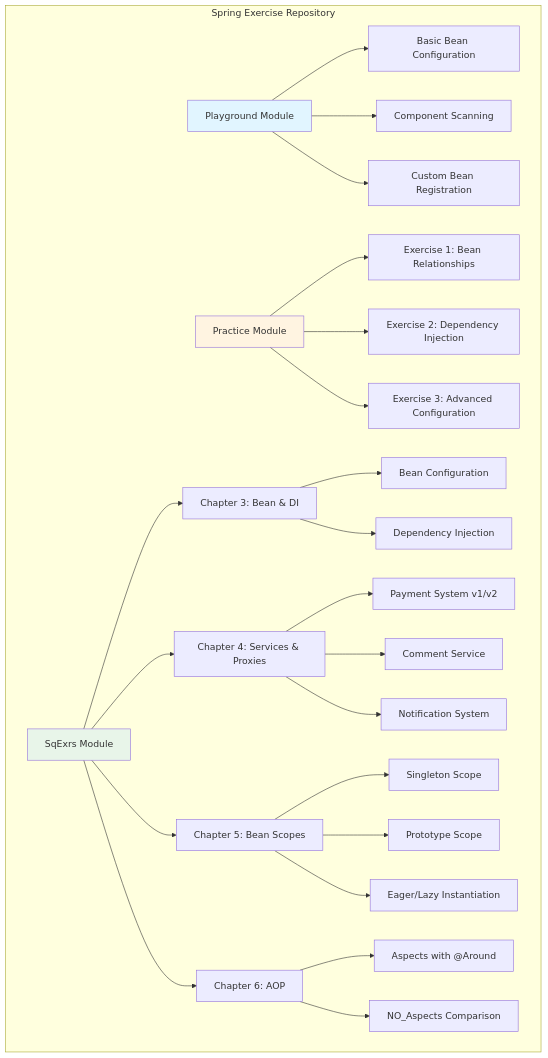
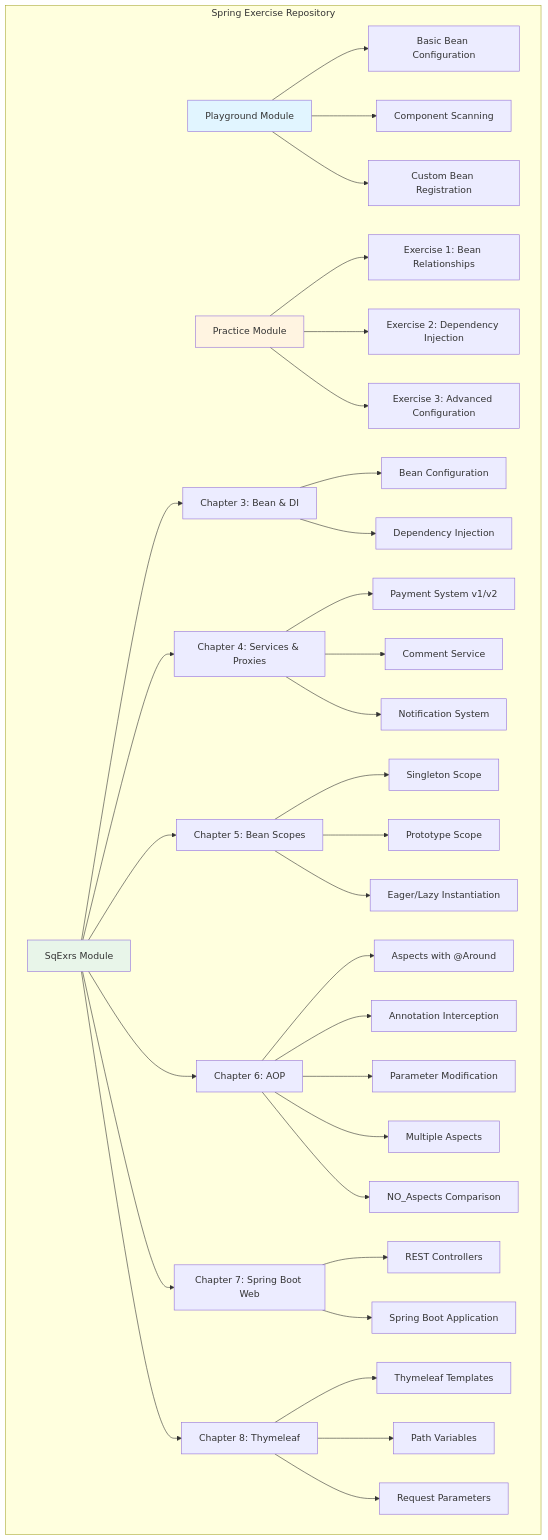
One commit to UsmanovMahmudkhan/spring-start-here changed the first of 3 diagrams in README.md. Above: the diagram before and after it, drawn with Mermaid. The commit also changed other lines of this file, not shown here.

Commit message:
Docs: Update README with Chapter 6 expanded sections, Chapter 7 (Spring Boot Web), and Chapter 8 (Thymeleaf)

````diff
--- a/README.md
+++ b/README.md
@@ -167,35 +171,47 @@
 ```mermaid
 graph TB
     subgraph "Spring Exercise Repository"
         A[Playground Module] --> B[Basic Bean Configuration]
         A --> C[Component Scanning]
         A --> D[Custom Bean Registration]
         
         E[Practice Module] --> F[Exercise 1: Bean Relationships]
         E --> G[Exercise 2: Dependency Injection]
         E --> H[Exercise 3: Advanced Configuration]
         
         I[SqExrs Module] --> J[Chapter 3: Bean & DI]
         I --> K[Chapter 4: Services & Proxies]
         I --> L[Chapter 5: Bean Scopes]
         I --> M[Chapter 6: AOP]
+        I --> N[Chapter 7: Spring Boot Web]
+        I --> O[Chapter 8: Thymeleaf]
         
         J --> J1[Bean Configuration]
         J --> J2[Dependency Injection]
         
         K --> K1[Payment System v1/v2]
         K --> K2[Comment Service]
         K --> K3[Notification System]
         
         L --> L1[Singleton Scope]
         L --> L2[Prototype Scope]
         L --> L3[Eager/Lazy Instantiation]
         
         M --> M1[Aspects with @Around]
-        M --> M2[NO_Aspects Comparison]
+        M --> M2[Annotation Interception]
+        M --> M3[Parameter Modification]
+        M --> M4[Multiple Aspects]
+        M --> M5[NO_Aspects Comparison]
+        
+        N --> N1[REST Controllers]
+        N --> N2[Spring Boot Application]
+        
+        O --> O1[Thymeleaf Templates]
+        O --> O2[Path Variables]
+        O --> O3[Request Parameters]
     end
     
     style A fill:#e1f5ff
     style E fill:#fff4e1
     style I fill:#e8f5e9
 ```
````
